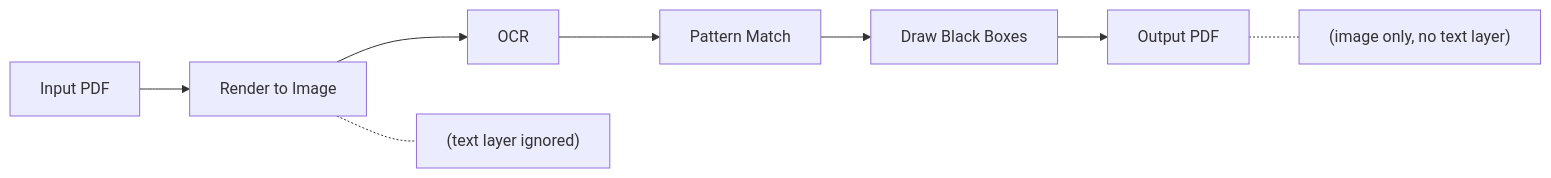
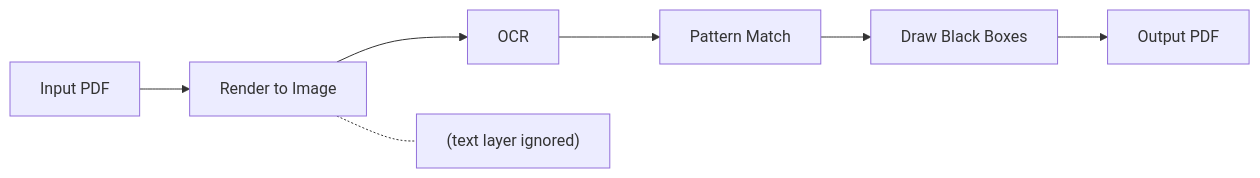
The diagram in README.md (johnwbyrd/bleachpdf), drawn with Mermaid before and after one commit.

Commit message:
docs: remove output pdf annotation from readme flowchart
Removes the "(image only, no text layer)" note attached to the Output PDF node in the Mermaid diagram to simplify the visual workflow representation.

````diff
--- a/README.md
+++ b/README.md
@@ -23,11 +23,10 @@
 ```mermaid
 flowchart LR
     A[Input PDF] --> B[Render to Image]
     B --> C[OCR]
     C --> D[Pattern Match]
     D --> E[Draw Black Boxes]
     E --> F[Output PDF]
 
     B -.- G["(text layer ignored)"]
-    F -.- H["(image only, no text layer)"]
 ```
````
